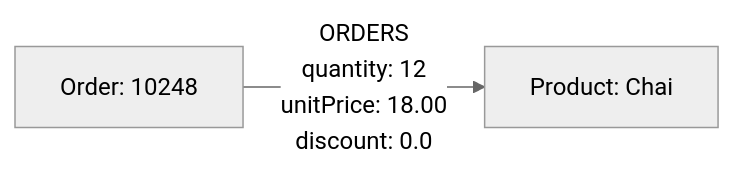
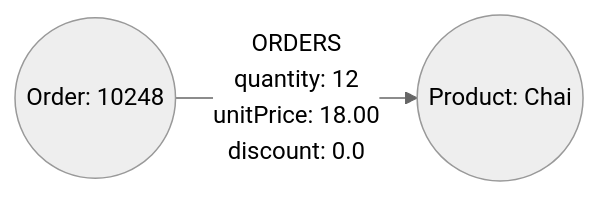
The fifth of 8 diagrams in asciidoc/courses/workshop-importing/modules/3-importing-data/lessons/4-importing-relationships/lesson.adoc (neo4j-graphacademy/courses), drawn with Mermaid (neutral theme) before and after one commit. The commit also changed other lines of this file and 15 other files, not shown here.

````diff
--- a/asciidoc/courses/workshop-importing/modules/3-importing-data/lessons/4-importing-relationships/lesson.adoc
+++ b/asciidoc/courses/workshop-importing/modules/3-importing-data/lessons/4-importing-relationships/lesson.adoc
@@ -149,4 +149,4 @@
 ```mermaid
 graph LR
-    A[Order: 10248] -->|"ORDERS<br/>quantity: 12<br/>unitPrice: 18.00<br/>discount: 0.0"| B[Product: Chai]
+    A((Order: 10248)) -->|"ORDERS<br/>quantity: 12<br/>unitPrice: 18.00<br/>discount: 0.0"| B((Product: Chai))
 ```
````
